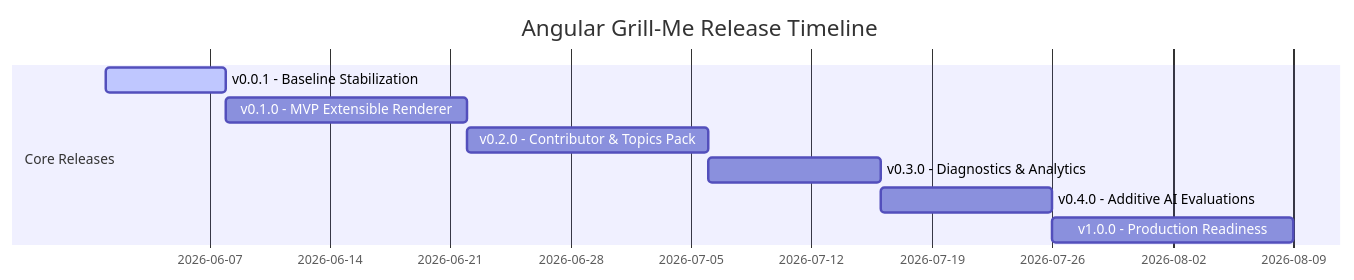
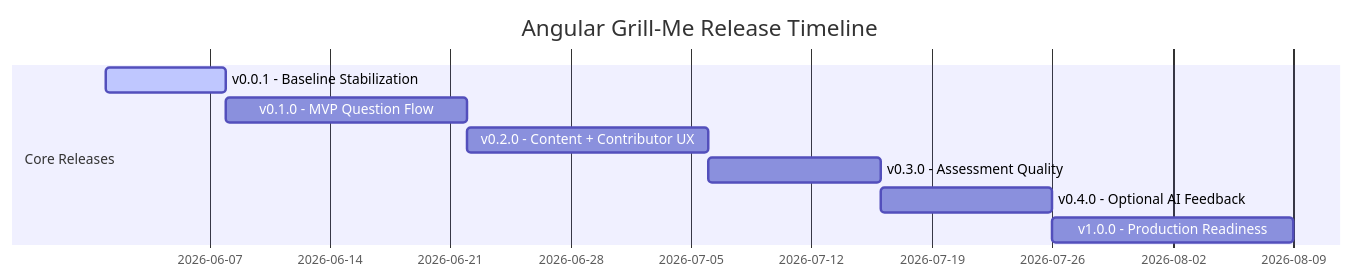
Before and after one commit to paulkiren/angular-grill-me: the diagram in ROADMAP.md, drawn with Mermaid. The commit also changed other lines of this file and 2 other files, not shown here.

````diff
--- a/ROADMAP.md
+++ b/ROADMAP.md
@@ -51,12 +47,12 @@
 ```mermaid
 gantt
-    title Angular Grill-Me Release Timeline
-    dateFormat  YYYY-MM-DD
-    section Core Releases
-    v0.0.1 - Baseline Stabilization     :active, v001, 2026-06-01, 7d
-    v0.1.0 - MVP Extensible Renderer    : v010, after v001, 14d
-    v0.2.0 - Contributor & Topics Pack  : v020, after v010, 14d
-    v0.3.0 - Diagnostics & Analytics    : v030, after v020, 10d
-    v0.4.0 - Additive AI Evaluations    : v040, after v030, 10d
-    v1.0.0 - Production Readiness       : v100, after v040, 14d
+title Angular Grill-Me Release Timeline
+dateFormat  YYYY-MM-DD
+section Core Releases
+v0.0.1 - Baseline Stabilization     :active, v001, 2026-06-01, 7d
+v0.1.0 - MVP Question Flow         : v010, after v001, 14d
+v0.2.0 - Content + Contributor UX  : v020, after v010, 14d
+v0.3.0 - Assessment Quality       : v030, after v020, 10d
+v0.4.0 - Optional AI Feedback     : v040, after v030, 10d
+v1.0.0 - Production Readiness     : v100, after v040, 14d
 ```
````
